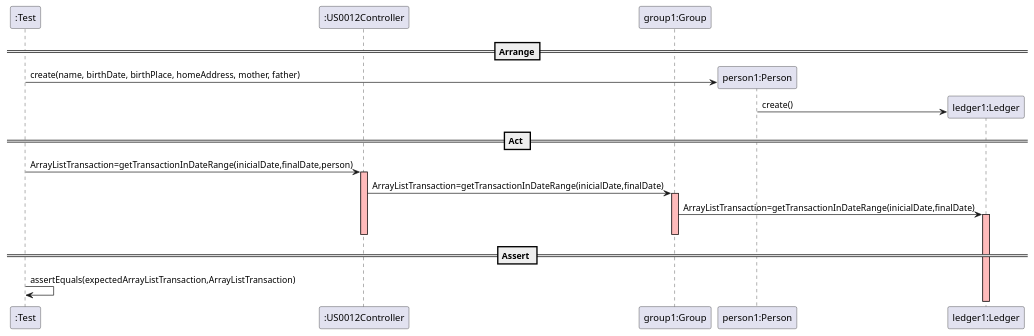
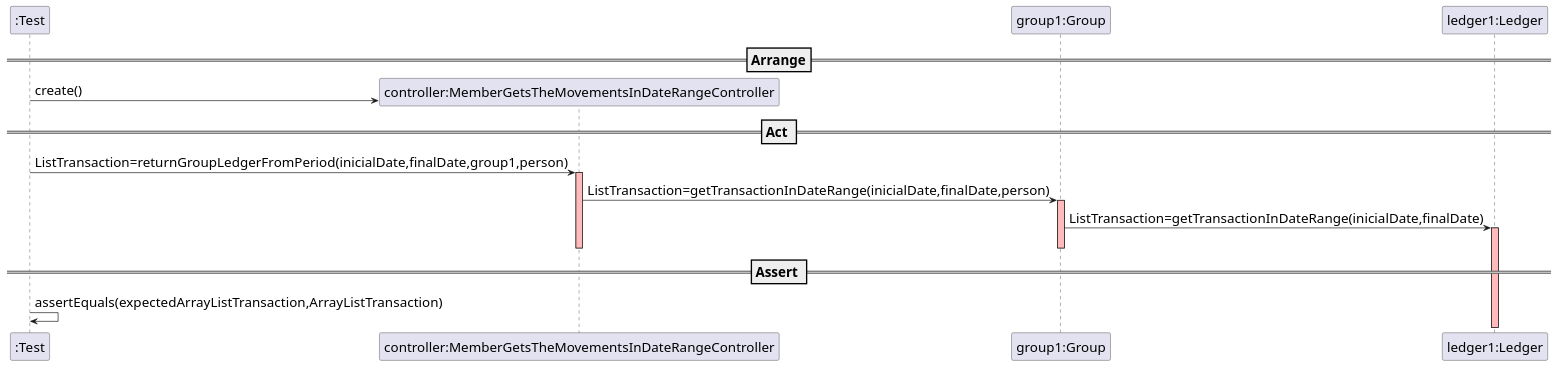
Before and after one commit to mleitaoribeiro/DevOpsMaven: the diagram in docs/SequenceDiagram - US012.puml, drawn with PlantUML. The commit also changed 2 other files, not shown here.

Commit message:
ref#391: Sequence Diagram - US012 adapted to controller tests

```diff
--- a/docs/SequenceDiagram - US012.puml
+++ b/docs/SequenceDiagram - US012.puml
@@ -1,35 +1,35 @@
 @startuml
+skinparam DefaultFontSize 20
+
 create ":Test"
 
-==Arrange==
-create ":US0012Controller"
-create "group1:Group"
 
 
-create "person1:Person"
-":Test" -> "person1:Person" : create(name, birthDate, birthPlace, homeAddress, mother, father)
+==Arrange==
+create "controller:MemberGetsTheMovementsInDateRangeController"
+":Test" -> "controller:MemberGetsTheMovementsInDateRangeController" : create()
+participant "group1:Group"
+participant "ledger1:Ledger"
 
-create "ledger1:Ledger"
-"person1:Person" -> "ledger1:Ledger" : create()
 
 == Act ==
 
-":Test" -> ":US0012Controller" : ArrayListTransaction=getTransactionInDateRange(inicialDate,finalDate,person)
-activate ":US0012Controller"  #FFBBBB
+":Test" -> "controller:MemberGetsTheMovementsInDateRangeController" : ListTransaction=returnGroupLedgerFromPeriod(inicialDate,finalDate,group1,person)
+activate "controller:MemberGetsTheMovementsInDateRangeController"  #FFBBBB
 
-":US0012Controller" -> "group1:Group" : ArrayListTransaction=getTransactionInDateRange(inicialDate,finalDate)
+"controller:MemberGetsTheMovementsInDateRangeController" -> "group1:Group" : ListTransaction=getTransactionInDateRange(inicialDate,finalDate,person)
 activate "group1:Group"  #FFBBBB
 
-"group1:Group" -> "ledger1:Ledger" : ArrayListTransaction=getTransactionInDateRange(inicialDate,finalDate)
+"group1:Group" -> "ledger1:Ledger" : ListTransaction=getTransactionInDateRange(inicialDate,finalDate)
 activate "ledger1:Ledger"  #FFBBBB
 
 
 
 deactivate "group1:Group"  #FFBBBB
-deactivate ":US0012Controller"  #FFBBBB
+deactivate "controller:MemberGetsTheMovementsInDateRangeController"  #FFBBBB
 
 == Assert ==
 
 ":Test" -> ":Test" : assertEquals(expectedArrayListTransaction,ArrayListTransaction)
 
 @enduml
```
